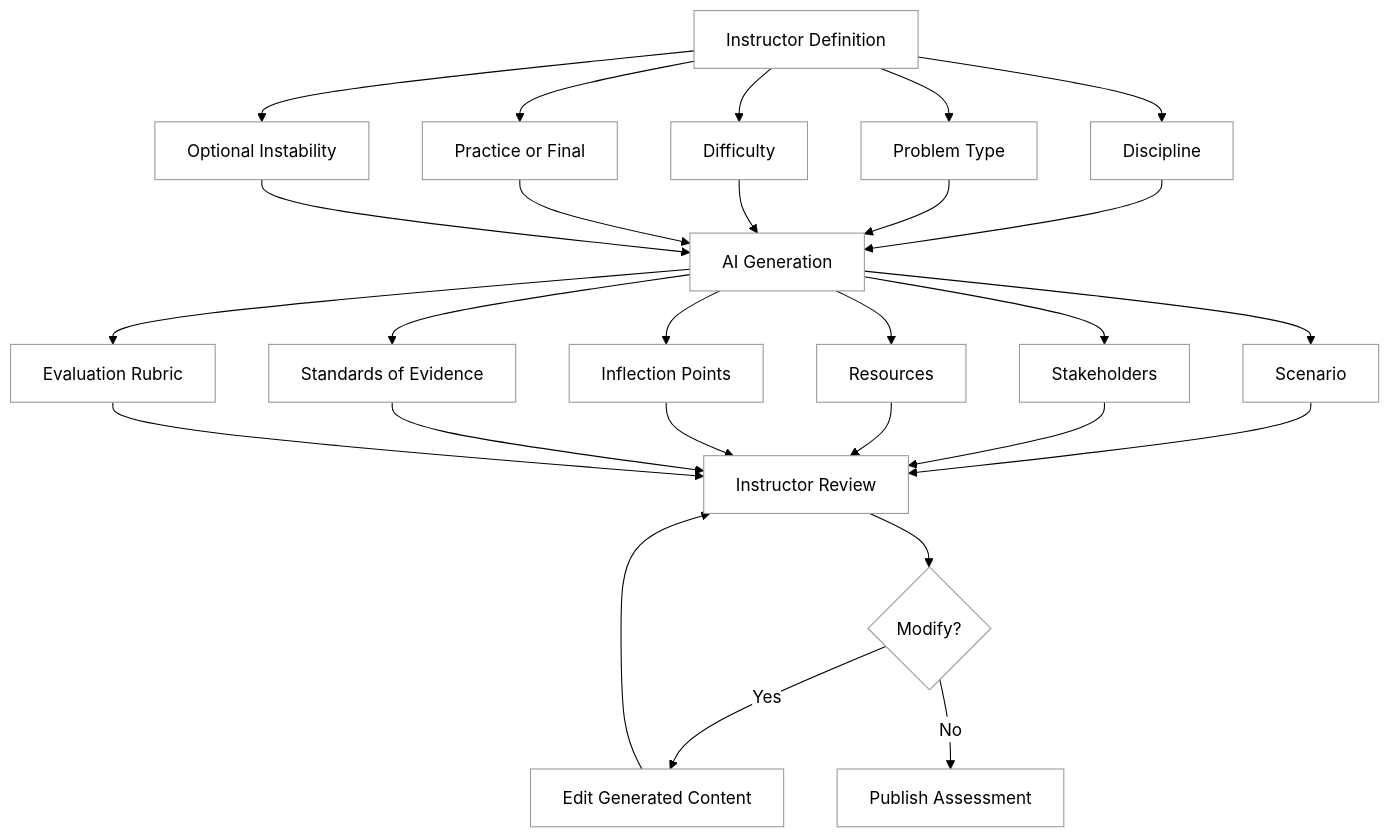
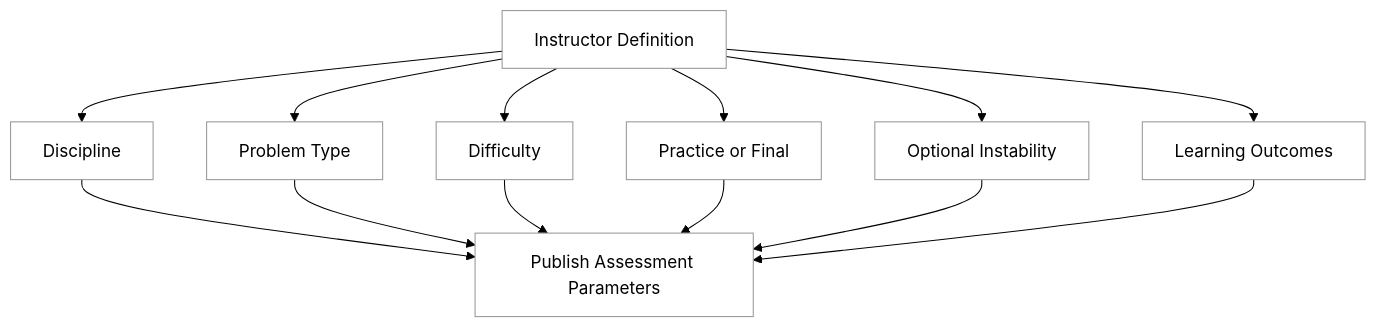
Before and after one commit to leesjensen/masteryls: the first of 3 diagrams in design/disciplinaryReasoningAssessment.md, drawn with Mermaid. The commit also changed other lines of this file and 5 other files, not shown here.

````diff
--- a/design/disciplinaryReasoningAssessment.md
+++ b/design/disciplinaryReasoningAssessment.md
@@ -392,39 +412,20 @@
 ```mermaid
 %%{init: { 'theme': 'neutral', 'themeVariables': { 'mainBkg': '#ffffff', 'lineColor': '#000000', 'primaryTextColor': '#000000', 'actorBorder': '#000000', 'participantBorder': '#000000', 'noteBorderColor': '#000000' } }}%%
 flowchart TD
 
 A[Instructor Definition]
 
 A --> B[Discipline]
 A --> C[Problem Type]
 A --> D[Difficulty]
 A --> E[Practice or Final]
 A --> F[Optional Instability]
+A --> G[Learning Outcomes]
 
-B --> G[AI Generation]
-C --> G
-D --> G
-E --> G
-F --> G
-
-G --> H[Scenario]
-G --> I[Stakeholders]
-G --> J[Resources]
-G --> K[Inflection Points]
-G --> L[Standards of Evidence]
-G --> M[Evaluation Rubric]
-
-H --> N[Instructor Review]
-I --> N
-J --> N
-K --> N
-L --> N
-M --> N
-
-N --> O{Modify?}
-
-O -->|Yes| P[Edit Generated Content]
-P --> N
-
-O -->|No| Q[Publish Assessment]
+B --> Q[Publish Assessment Parameters]
+C --> Q
+D --> Q
+E --> Q
+F --> Q
+G --> Q
 ```
````
